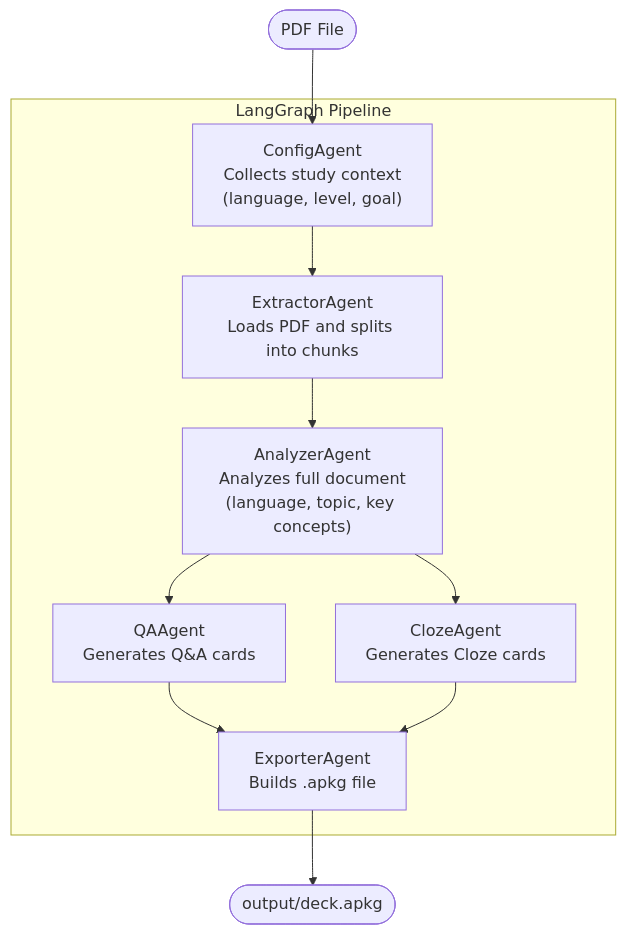
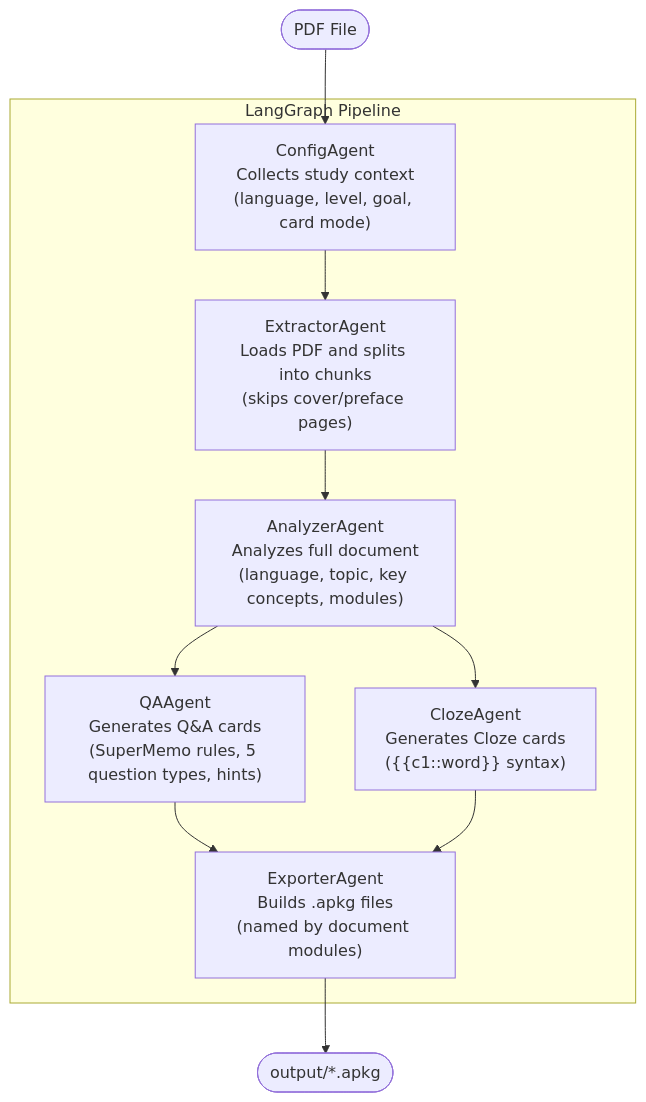
Before and after one commit to rafaelmasselli/pdf2anki: the diagram in README.md, drawn with Mermaid. The commit also changed other lines of this file and 2 other files, not shown here.

Commit message:
chore: update .gitignore to include input PDF files and enhance README with detailed pipeline and setup instructions

````diff
--- a/README.md
+++ b/README.md
@@ -9,19 +9,19 @@
 ```mermaid
 flowchart TD
     PDF([PDF File]) --> Config
 
     subgraph pipeline [LangGraph Pipeline]
-        Config["ConfigAgent\nCollects study context\n(language, level, goal)"]
-        Extractor["ExtractorAgent\nLoads PDF and splits into chunks"]
-        Analyzer["AnalyzerAgent\nAnalyzes full document\n(language, topic, key concepts)"]
-        QA["QAAgent\nGenerates Q&A cards"]
-        Cloze["ClozeAgent\nGenerates Cloze cards"]
-        Exporter["ExporterAgent\nBuilds .apkg file"]
+        Config["ConfigAgent\nCollects study context\n(language, level, goal, card mode)"]
+        Extractor["ExtractorAgent\nLoads PDF and splits into chunks\n(skips cover/preface pages)"]
+        Analyzer["AnalyzerAgent\nAnalyzes full document\n(language, topic, key concepts, modules)"]
+        QA["QAAgent\nGenerates Q&A cards\n(SuperMemo rules, 5 question types, hints)"]
+        Cloze["ClozeAgent\nGenerates Cloze cards\n({{c1::word}} syntax)"]
+        Exporter["ExporterAgent\nBuilds .apkg files\n(named by document modules)"]
     end
 
     Config --> Extractor
     Extractor --> Analyzer
     Analyzer --> QA & Cloze
     QA & Cloze --> Exporter
-    Exporter --> APKG([output/deck.apkg])
+    Exporter --> APKG([output/*.apkg])
 ```
````
